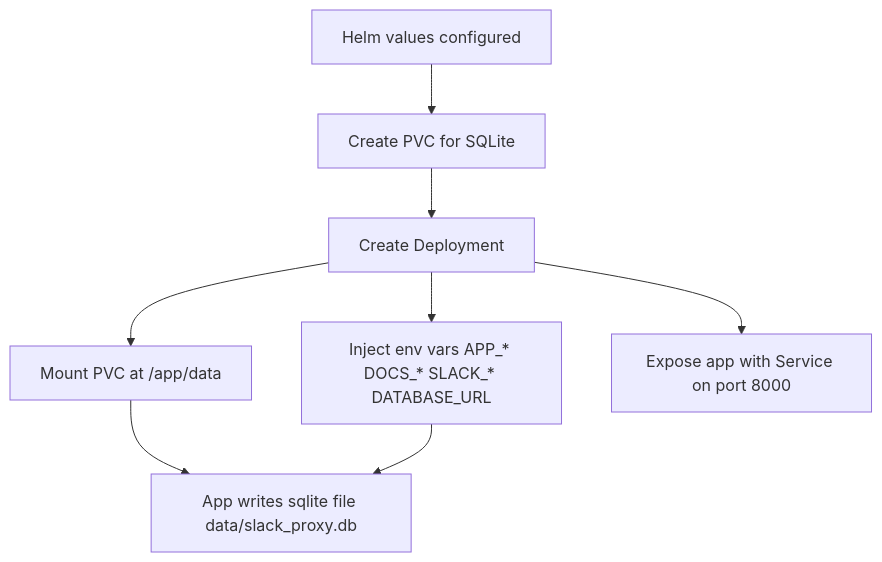
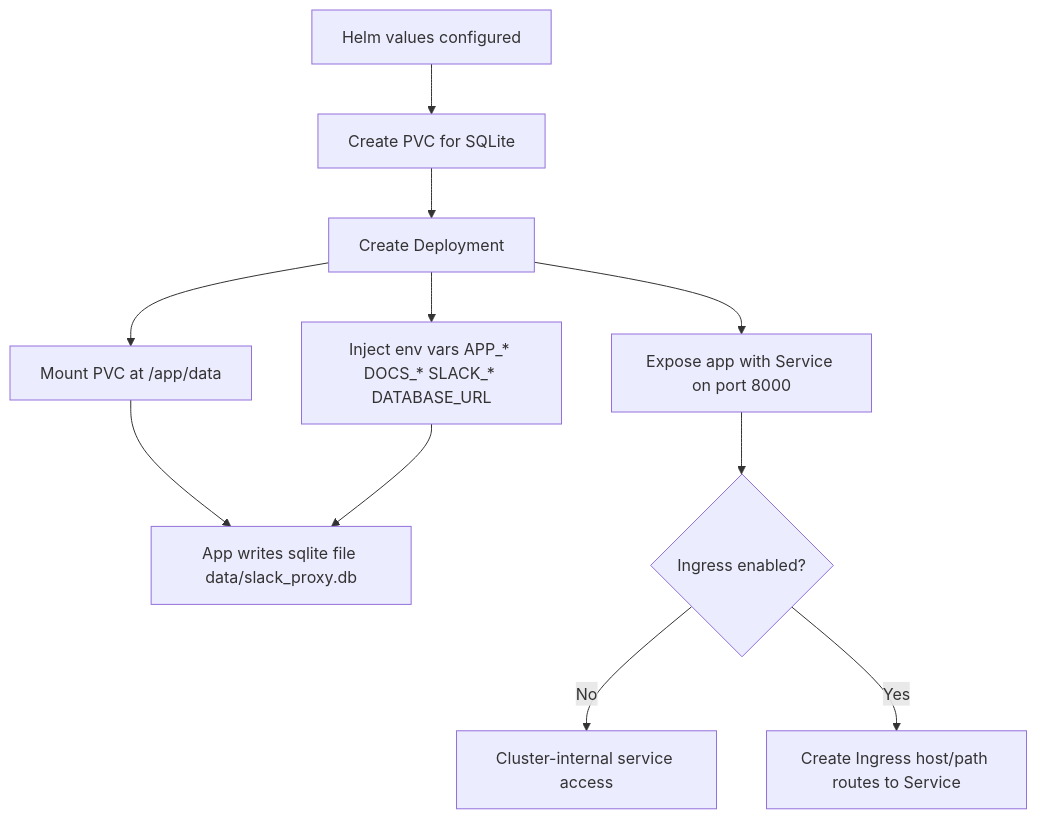
One commit to jha-hitesh/slack-channels-proxy changed the third of 4 diagrams in flow.md. Above: the diagram before and after it, drawn with Mermaid. The commit also changed other lines of this file and 18 other files, not shown here.

````diff
--- a/flow.md
+++ b/flow.md
@@ -65,10 +69,13 @@
 ```mermaid
 flowchart TD
   A[Helm values configured] --> B[Create PVC for SQLite]
   B --> C[Create Deployment]
   C --> D[Mount PVC at /app/data]
   C --> E[Inject env vars APP_* DOCS_* SLACK_* DATABASE_URL]
   D --> F[App writes sqlite file data/slack_proxy.db]
   E --> F
   C --> G[Expose app with Service on port 8000]
+  G --> H{Ingress enabled?}
+  H -->|No| I[Cluster-internal service access]
+  H -->|Yes| J[Create Ingress host/path routes to Service]
 ```
````
